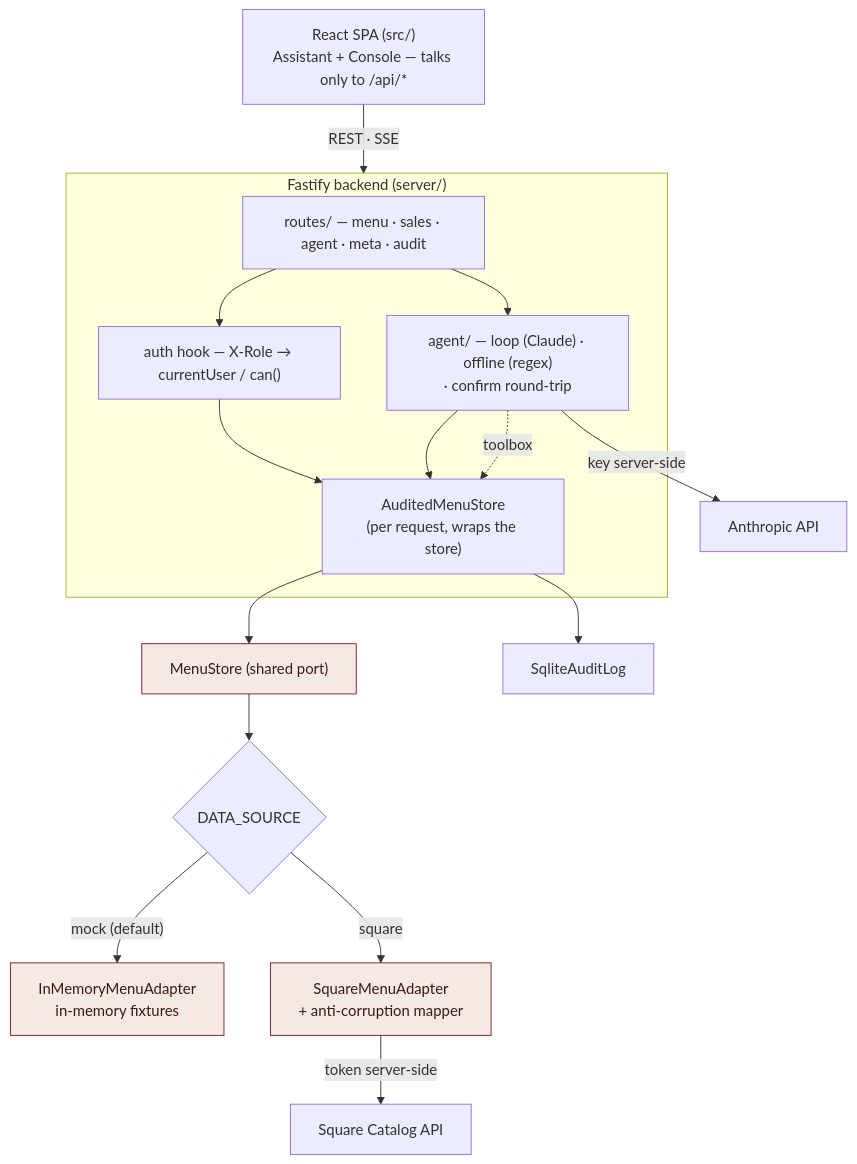
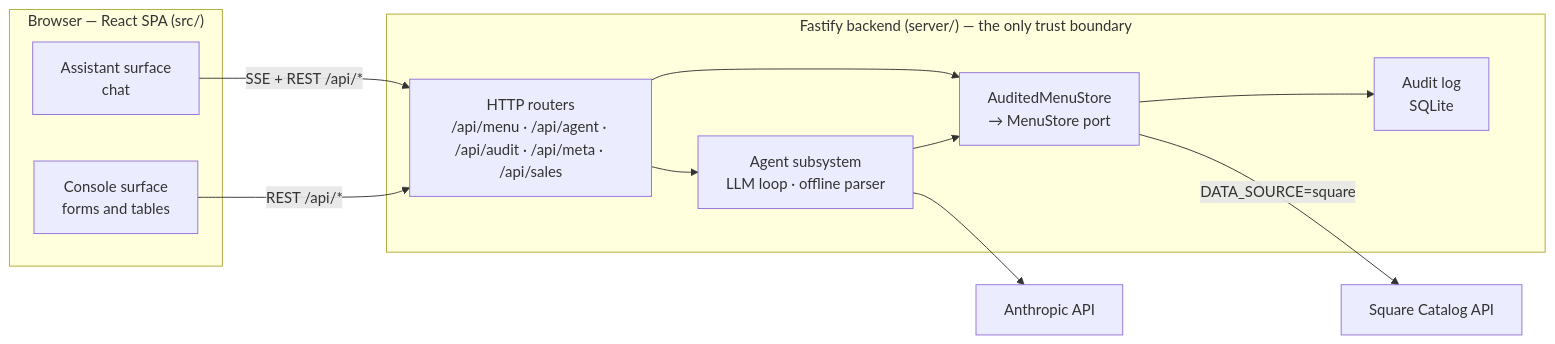
Before and after one commit to daniel-citrus/CapheVietPOS: the first of 9 diagrams in ARCHITECTURE.md, drawn with Mermaid. The commit also changed other lines of this file, not shown here.

First line of the commit message:
docs: restructure ARCHITECTURE.md as a from-scratch system explanation

````diff
--- a/ARCHITECTURE.md
+++ b/ARCHITECTURE.md
@@ -55,29 +45,26 @@
 ```mermaid
-flowchart TD
-  BROWSER["React SPA (src/)<br/>Assistant + Console — talks only to /api/*"]
-  BROWSER -->|"REST · SSE"| API
-
-  subgraph API["Fastify backend (server/)"]
-    ROUTES["routes/ — menu · sales · agent · meta · audit"]
-    AUTH["auth hook — X-Role → currentUser / can()"]
-    AUDITED["AuditedMenuStore<br/>(per request, wraps the store)"]
-    AGENT["agent/ — loop (Claude) · offline (regex)<br/>· confirm round-trip"]
-    ROUTES --> AUTH --> AUDITED
-    ROUTES --> AGENT --> AUDITED
+flowchart LR
+  subgraph Browser["Browser — React SPA (src/)"]
+    ASSIST["Assistant surface<br/>chat"]
+    CONSOLE["Console surface<br/>forms and tables"]
   end
 
-  AUDITED --> PORT
-  AGENT -. "toolbox" .-> AUDITED
+  subgraph Backend["Fastify backend (server/) — the only trust boundary"]
+    ROUTES["HTTP routers<br/>/api/menu · /api/agent · /api/audit · /api/meta · /api/sales"]
+    AGENT["Agent subsystem<br/>LLM loop · offline parser"]
+    STORE["AuditedMenuStore<br/>→ MenuStore port"]
+    AUDIT["Audit log<br/>SQLite"]
+  end
 
-  PORT["MenuStore (shared port)"]
-  PORT --> SEL{"DATA_SOURCE"}
-  SEL -->|"mock (default)"| MEM["InMemoryMenuAdapter<br/>in-memory fixtures"]
-  SEL -->|"square"| SQ["SquareMenuAdapter<br/>+ anti-corruption mapper"]
+  SQUARE["Square Catalog API"]
+  ANTHROPIC["Anthropic API"]
 
-  SQ -->|"token server-side"| SQUARE["Square Catalog API"]
-  AGENT -->|"key server-side"| ANTHROPIC["Anthropic API"]
-  AUDITED --> LOG["SqliteAuditLog"]
-
-  classDef seam fill:#f5e9e4,stroke:#7d1f2d,color:#3a1a14;
-  class PORT,MEM,SQ seam
+  ASSIST -->|"SSE + REST /api/*"| ROUTES
+  CONSOLE -->|"REST /api/*"| ROUTES
+  ROUTES --> AGENT
+  ROUTES --> STORE
+  AGENT --> STORE
+  STORE --> AUDIT
+  STORE -->|"DATA_SOURCE=square"| SQUARE
+  AGENT --> ANTHROPIC
 ```
````
